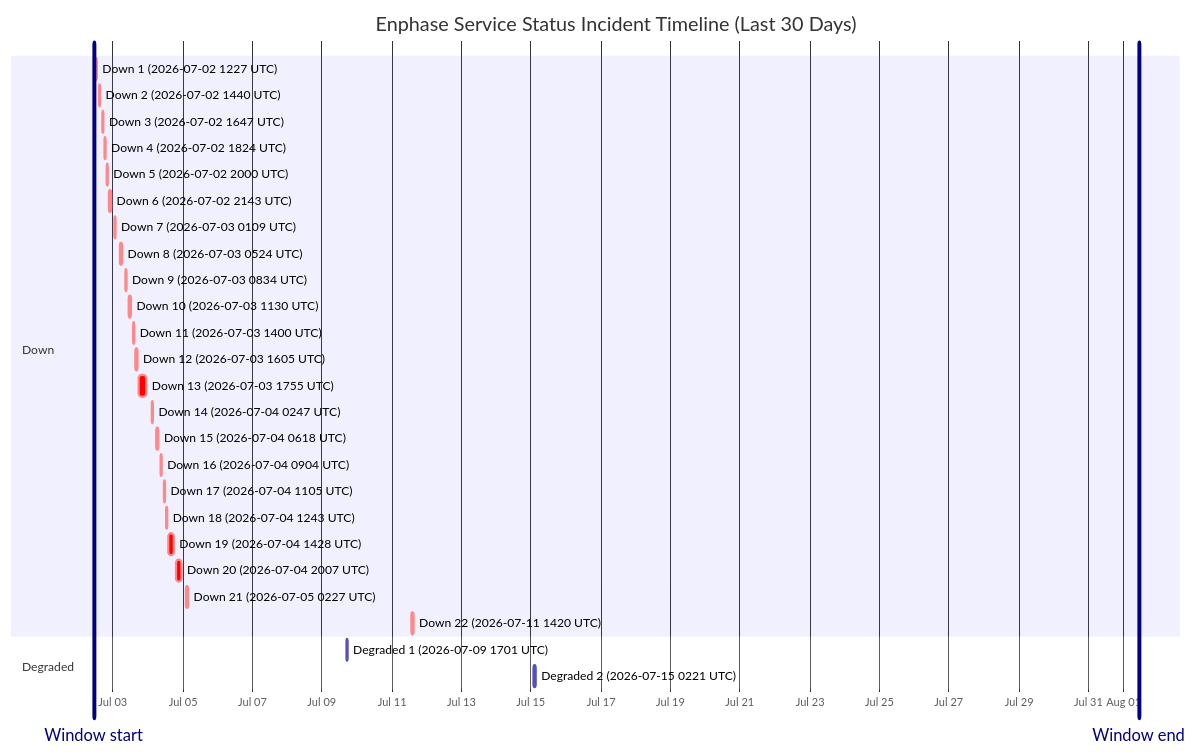
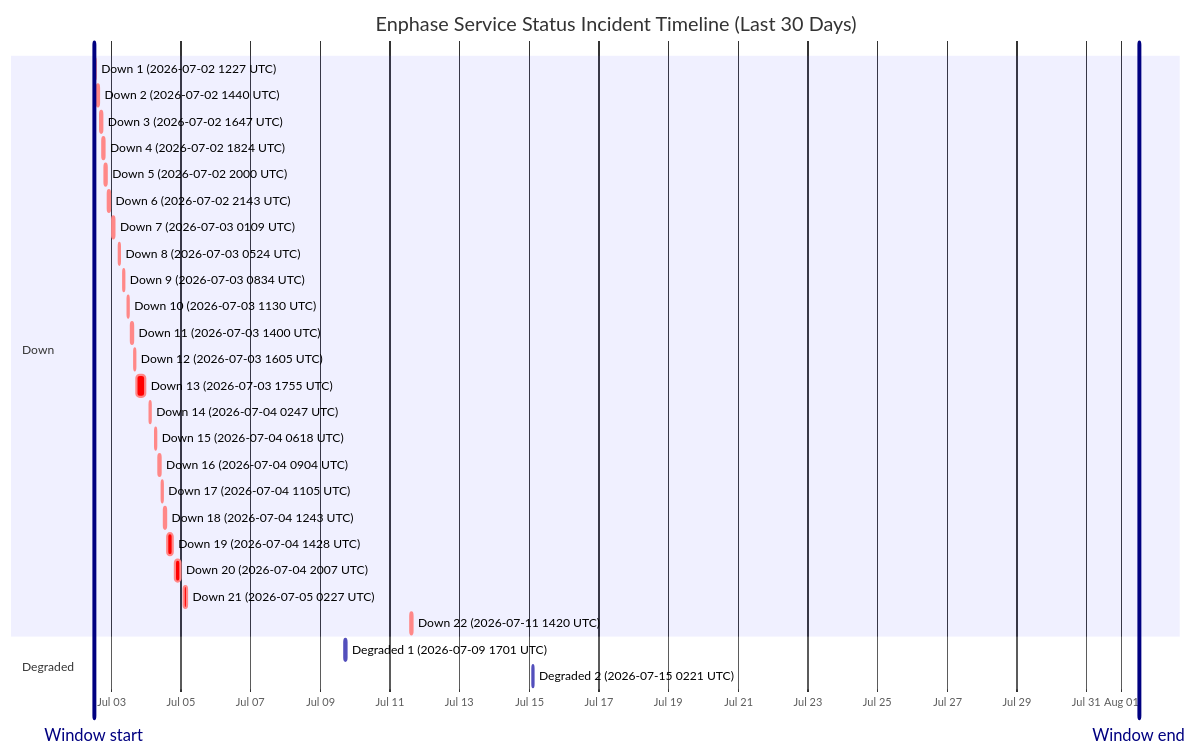
Before and after one commit to barneyonline/ha-enphase-energy: the diagram in wiki/Service-Status-History.md, drawn with Mermaid. The commit also changed other lines of this file and 3 other files, not shown here.

````diff
--- a/wiki/Service-Status-History.md
+++ b/wiki/Service-Status-History.md
@@ -14,34 +14,34 @@
 ```mermaid
 gantt
     title Enphase Service Status Incident Timeline (Last 30 Days)
     dateFormat  YYYY-MM-DDTHH:mm:ss
     axisFormat  %b %d
-    Window start :vert, window-start, 2026-07-02T10:57:24, 0ms
-    Window end :vert, window-end, 2026-08-01T10:57:24, 0ms
+    Window start :vert, window-start, 2026-07-02T12:03:54, 0ms
+    Window end :vert, window-end, 2026-08-01T12:03:54, 0ms
     section Down
     Down 1 (2026-07-02 1227 UTC) :crit, down-1, 2026-07-02T12:27:49, 60m
     Down 2 (2026-07-02 1440 UTC) :crit, down-2, 2026-07-02T14:40:53, 60m
     Down 3 (2026-07-02 1647 UTC) :crit, down-3, 2026-07-02T16:47:47, 60m
     Down 4 (2026-07-02 1824 UTC) :crit, down-4, 2026-07-02T18:24:26, 60m
     Down 5 (2026-07-02 2000 UTC) :crit, down-5, 2026-07-02T20:00:57, 60m
     Down 6 (2026-07-02 2143 UTC) :crit, down-6, 2026-07-02T21:43:52, 80m
     Down 7 (2026-07-03 0109 UTC) :crit, down-7, 2026-07-03T01:09:19, 60m
     Down 8 (2026-07-03 0524 UTC) :crit, down-8, 2026-07-03T05:24:23, 60m
     Down 9 (2026-07-03 0834 UTC) :crit, down-9, 2026-07-03T08:34:05, 60m
     Down 10 (2026-07-03 1130 UTC) :crit, down-10, 2026-07-03T11:30:41, 60m
     Down 11 (2026-07-03 1400 UTC) :crit, down-11, 2026-07-03T14:00:48, 60m
     Down 12 (2026-07-03 1605 UTC) :crit, down-12, 2026-07-03T16:05:49, 60m
     Down 13 (2026-07-03 1755 UTC) :crit, down-13, 2026-07-03T17:55:54, 338m
     Down 14 (2026-07-04 0247 UTC) :crit, down-14, 2026-07-04T02:47:22, 60m
     Down 15 (2026-07-04 0618 UTC) :crit, down-15, 2026-07-04T06:18:09, 60m
     Down 16 (2026-07-04 0904 UTC) :crit, down-16, 2026-07-04T09:04:41, 60m
     Down 17 (2026-07-04 1105 UTC) :crit, down-17, 2026-07-04T11:05:21, 60m
     Down 18 (2026-07-04 1243 UTC) :crit, down-18, 2026-07-04T12:43:25, 60m
     Down 19 (2026-07-04 1428 UTC) :crit, down-19, 2026-07-04T14:28:07, 243m
     Down 20 (2026-07-04 2007 UTC) :crit, down-20, 2026-07-04T20:07:50, 206m
     Down 21 (2026-07-05 0227 UTC) :crit, down-21, 2026-07-05T02:27:32, 109m
     Down 22 (2026-07-11 1420 UTC) :crit, down-22, 2026-07-11T14:20:54, 69m
     section Degraded
     Degraded 1 (2026-07-09 1701 UTC) :active, degraded-1, 2026-07-09T17:01:02, 60m
     Degraded 2 (2026-07-15 0221 UTC) :active, degraded-2, 2026-07-15T02:21:35, 60m
 ```
````
